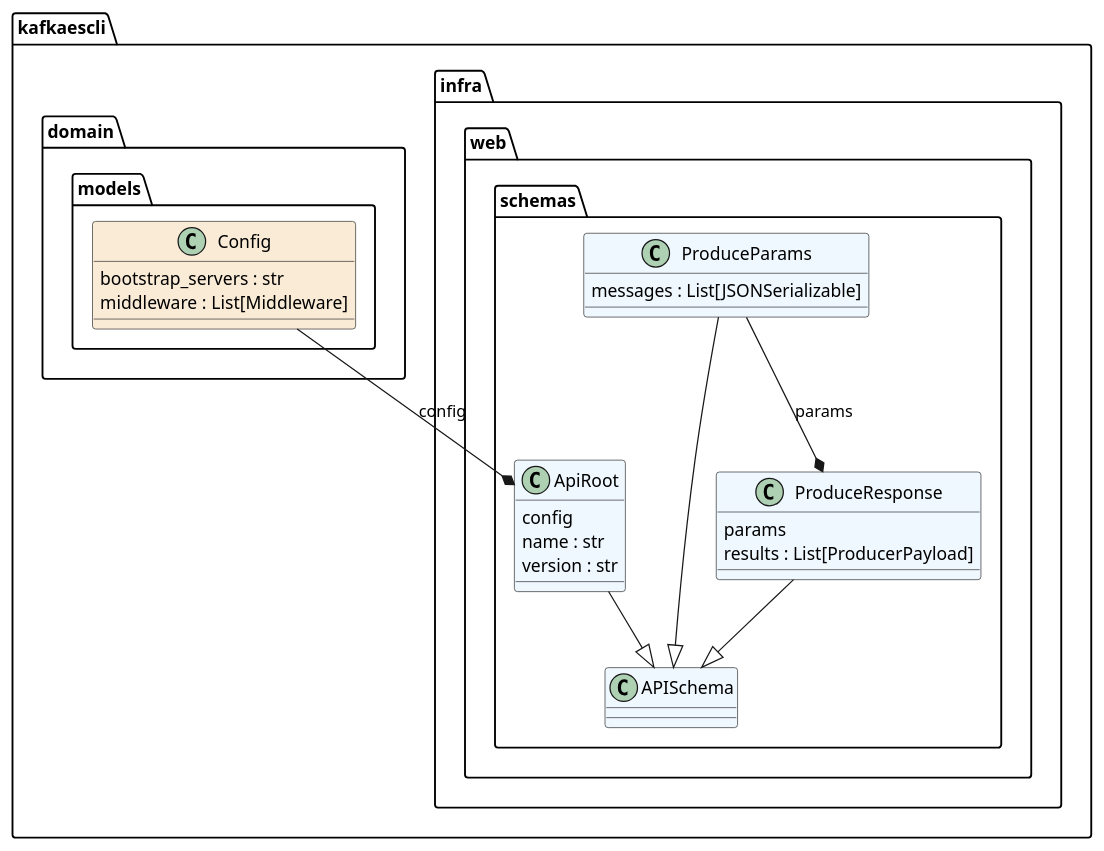
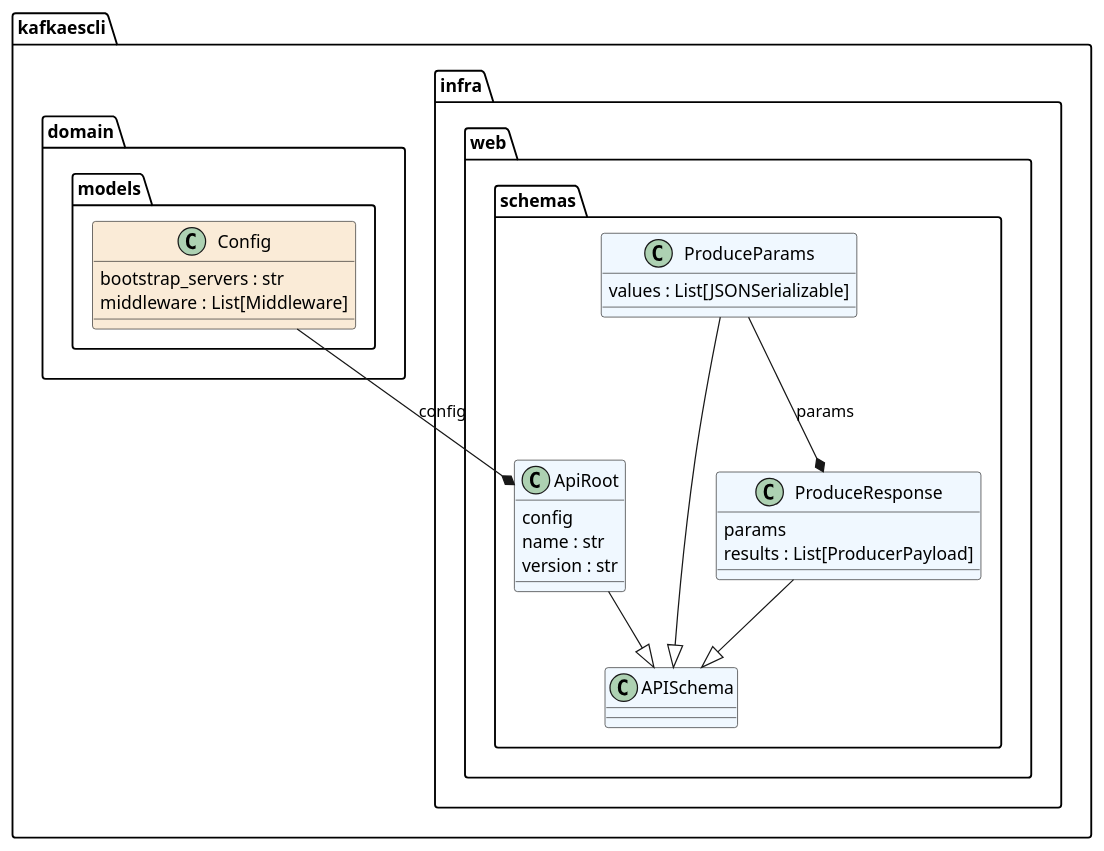
Before and after one commit to jonykalavera/kafkaescli: the diagram in docs/diagrams/classes_kafkaescli.infra.plantuml, drawn with PlantUML. The commit also changed 17 other files, not shown here.

```diff
--- a/docs/diagrams/classes_kafkaescli.infra.plantuml
+++ b/docs/diagrams/classes_kafkaescli.infra.plantuml
@@ -1,26 +1,26 @@
 @startuml classes_kafkaescli.infra
 
 class "APISchema" as kafkaescli.infra.web.schemas.APISchema #aliceblue {
 }
 class "ApiRoot" as kafkaescli.infra.web.schemas.ApiRoot #aliceblue {
   config
   name : str
   version : str
 }
 class "Config" as kafkaescli.domain.models.Config #antiquewhite {
   bootstrap_servers : str
   middleware : List[Middleware]
 }
 class "ProduceParams" as kafkaescli.infra.web.schemas.ProduceParams #aliceblue {
-  messages : List[JSONSerializable]
+  values : List[JSONSerializable]
 }
 class "ProduceResponse" as kafkaescli.infra.web.schemas.ProduceResponse #aliceblue {
   params
   results : List[ProducerPayload]
 }
 kafkaescli.infra.web.schemas.ApiRoot --|> kafkaescli.infra.web.schemas.APISchema
 kafkaescli.infra.web.schemas.ProduceParams --|> kafkaescli.infra.web.schemas.APISchema
 kafkaescli.infra.web.schemas.ProduceResponse --|> kafkaescli.infra.web.schemas.APISchema
 kafkaescli.domain.models.Config --* kafkaescli.infra.web.schemas.ApiRoot : config
 kafkaescli.infra.web.schemas.ProduceParams --* kafkaescli.infra.web.schemas.ProduceResponse : params
 @enduml
```
